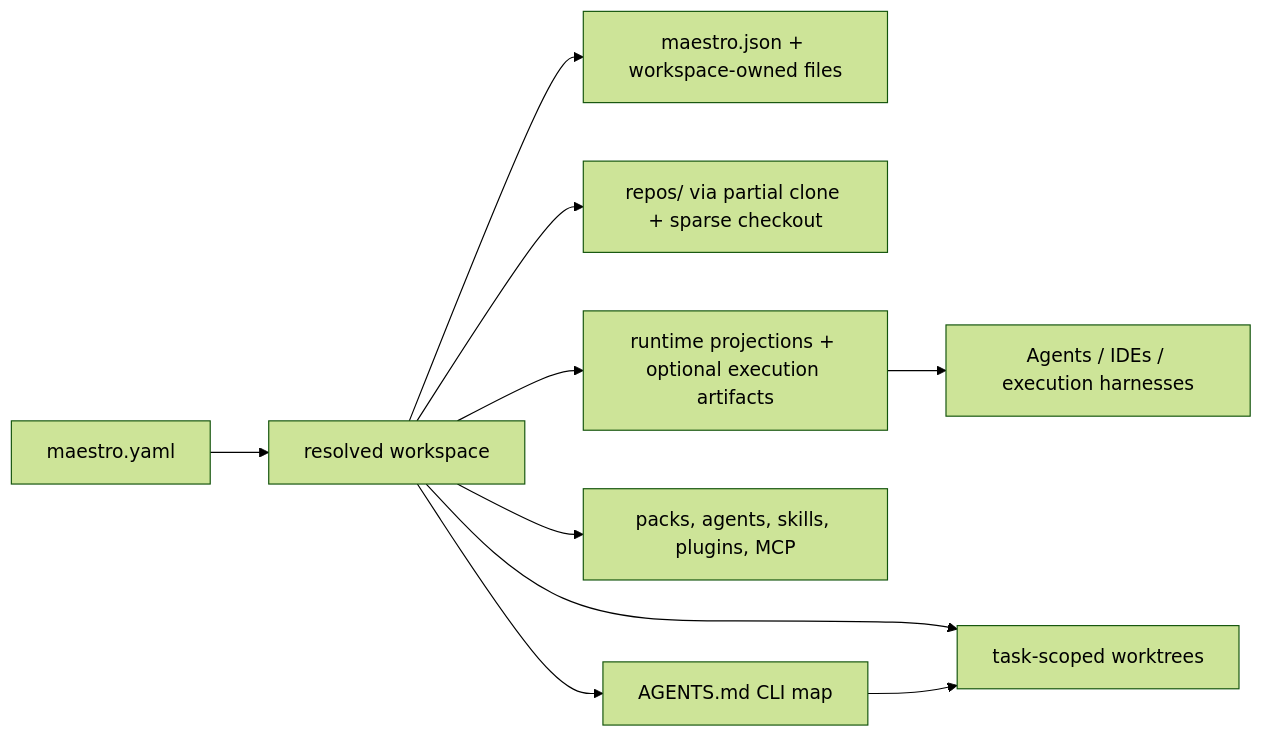
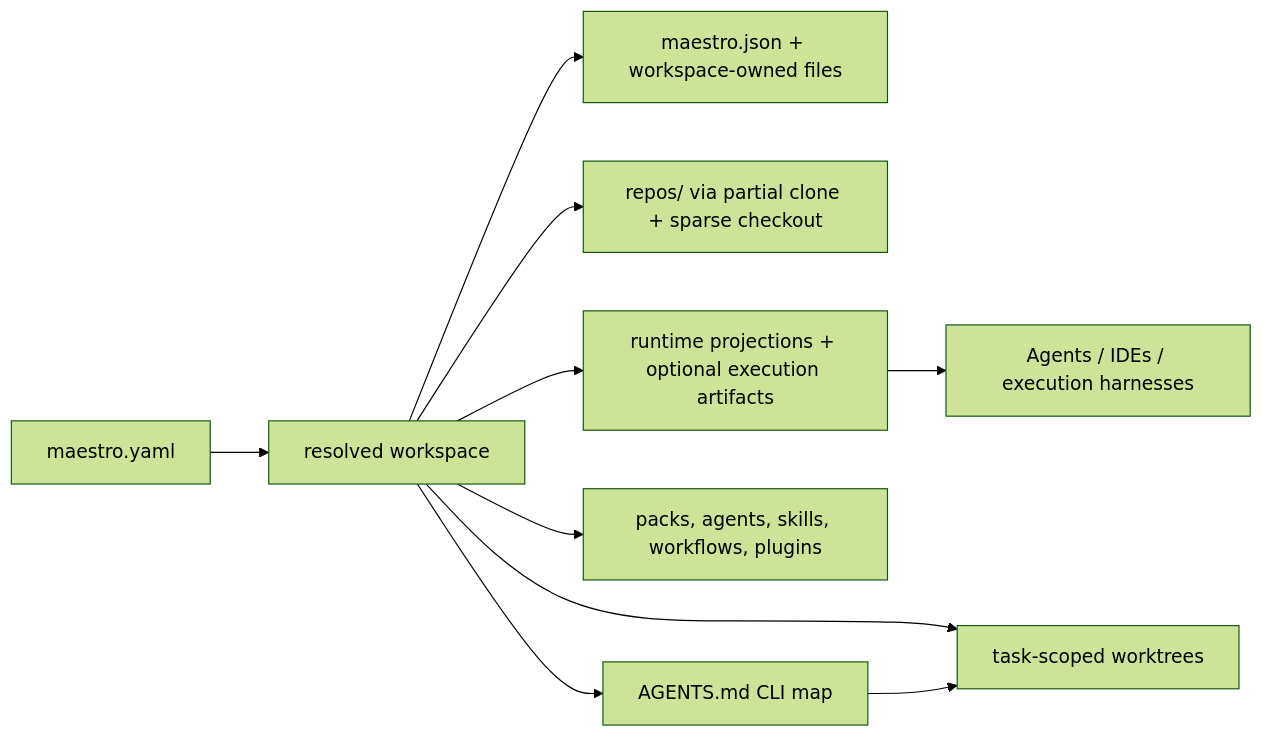
Before and after one commit to Th3Mouk/Maestro: the diagram in README.md, drawn with Mermaid (forest theme). The commit also changed other lines of this file and 50 other files, not shown here.

````diff
--- a/README.md
+++ b/README.md
@@ -97,12 +99,12 @@
 ```mermaid
 flowchart LR
   A["maestro.yaml"] --> B["resolved workspace"]
   B --> J["maestro.json + workspace-owned files"]
   B --> C["repos/ via partial clone + sparse checkout"]
   B --> D["runtime projections + optional execution artifacts"]
   B --> H["task-scoped worktrees"]
-  B --> E["packs, agents, skills, plugins, MCP"]
+  B --> E["packs, agents, skills, workflows, plugins"]
   B --> I["AGENTS.md CLI map"]
   D --> F["Agents / IDEs / execution harnesses"]
   I --> H
 ```
````
